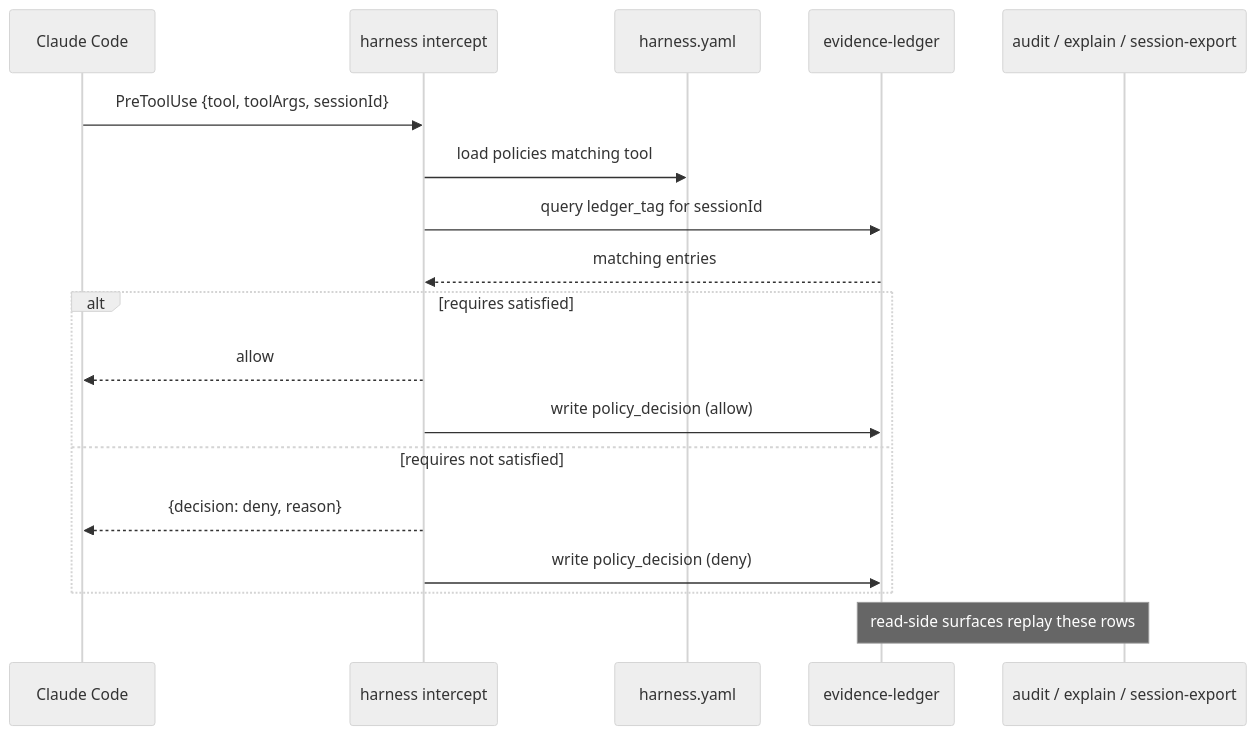
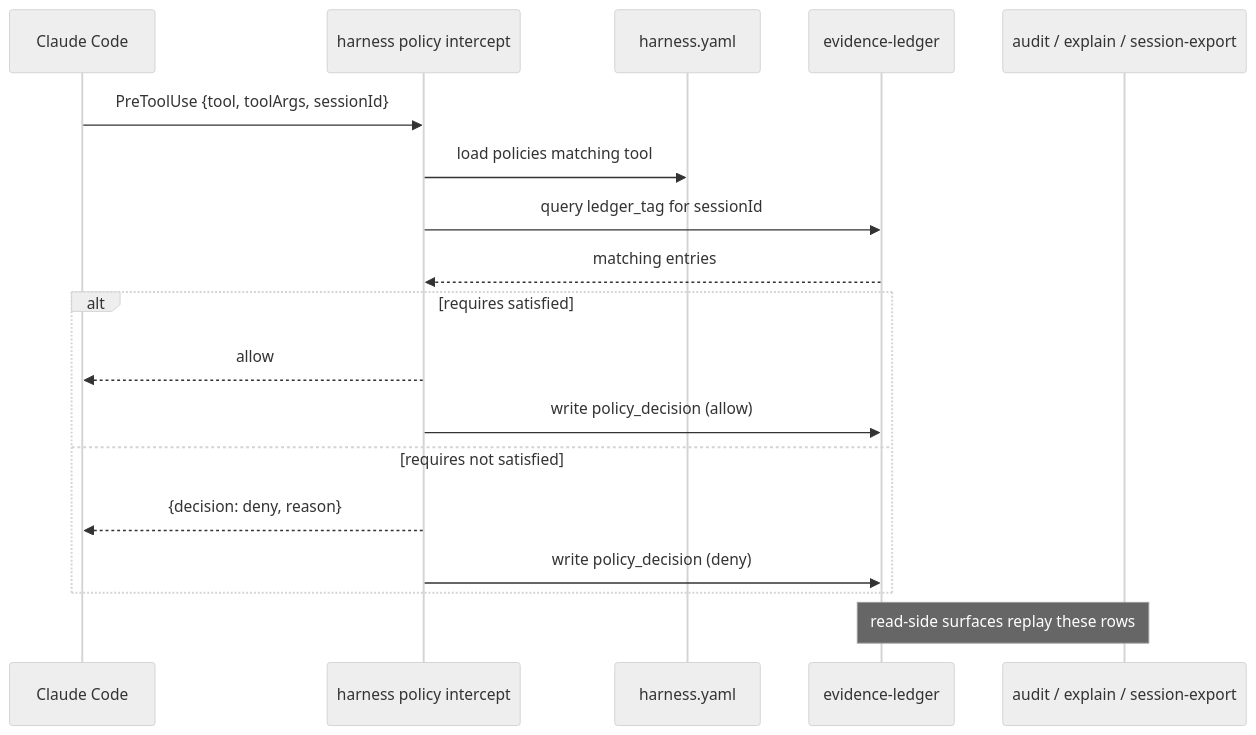
Before and after one commit to LanNguyenSi/harness: the second of 2 diagrams in docs/for-agents.md, drawn with Mermaid (neutral theme). The commit also changed other lines of this file, not shown here.

First line of the commit message:
docs: rename harness intercept to harness policy intercept in for-agents

````diff
--- a/docs/for-agents.md
+++ b/docs/for-agents.md
@@ -63,21 +63,21 @@
 ```mermaid
 sequenceDiagram
     participant CC as Claude Code
-    participant Hook as harness intercept
+    participant Hook as harness policy intercept
     participant Manifest as harness.yaml
     participant Ledger as evidence-ledger
     participant Audit as audit / explain / session-export
 
     CC->>Hook: PreToolUse {tool, toolArgs, sessionId}
     Hook->>Manifest: load policies matching tool
     Hook->>Ledger: query ledger_tag for sessionId
     Ledger-->>Hook: matching entries
     alt requires satisfied
         Hook-->>CC: allow
         Hook->>Ledger: write policy_decision (allow)
     else requires not satisfied
         Hook-->>CC: {decision: deny, reason}
         Hook->>Ledger: write policy_decision (deny)
     end
     Note over Audit,Ledger: read-side surfaces replay these rows
 ```
````
